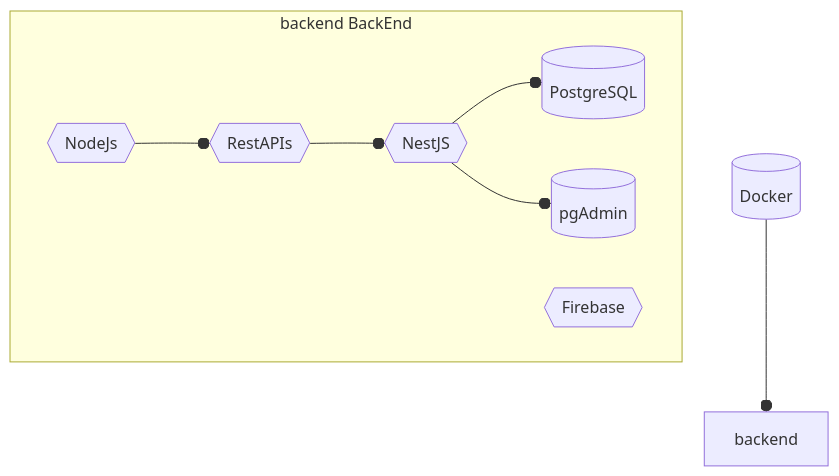
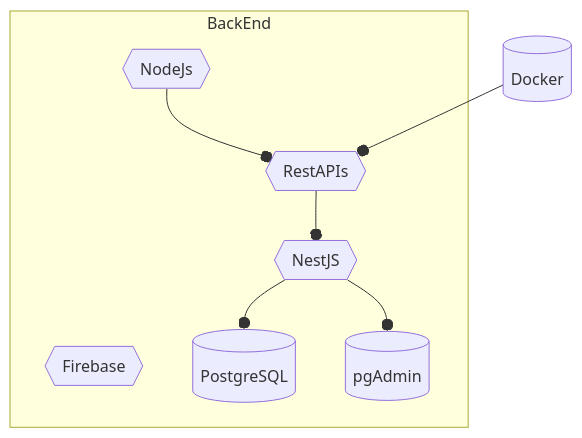
One commit to ricardoiso/ricardoiso changed the second of 3 diagrams in README.md. Above: the diagram before and after it, drawn with Mermaid.

Commit message:
fix docker rest

````diff
--- a/README.md
+++ b/README.md
@@ -64,23 +64,23 @@
 ```mermaid
 flowchart 
 node{{NodeJs}}
 rest{{RestAPIs}}
 fb{{Firebase}}
 nest{{NestJS}}
 pst[("PostgreSQL")]
 pg[("pgAdmin")]
 docker[("Docker")]
- subgraph backend BackEnd
+ subgraph BackEnd
 node
 fb
 rest
 nest
 pst
 pg
  end
  node --o rest
  rest --o nest
  nest --o pst
  nest --o pg
- docker --o backend
+ docker --o rest
 ```
````
